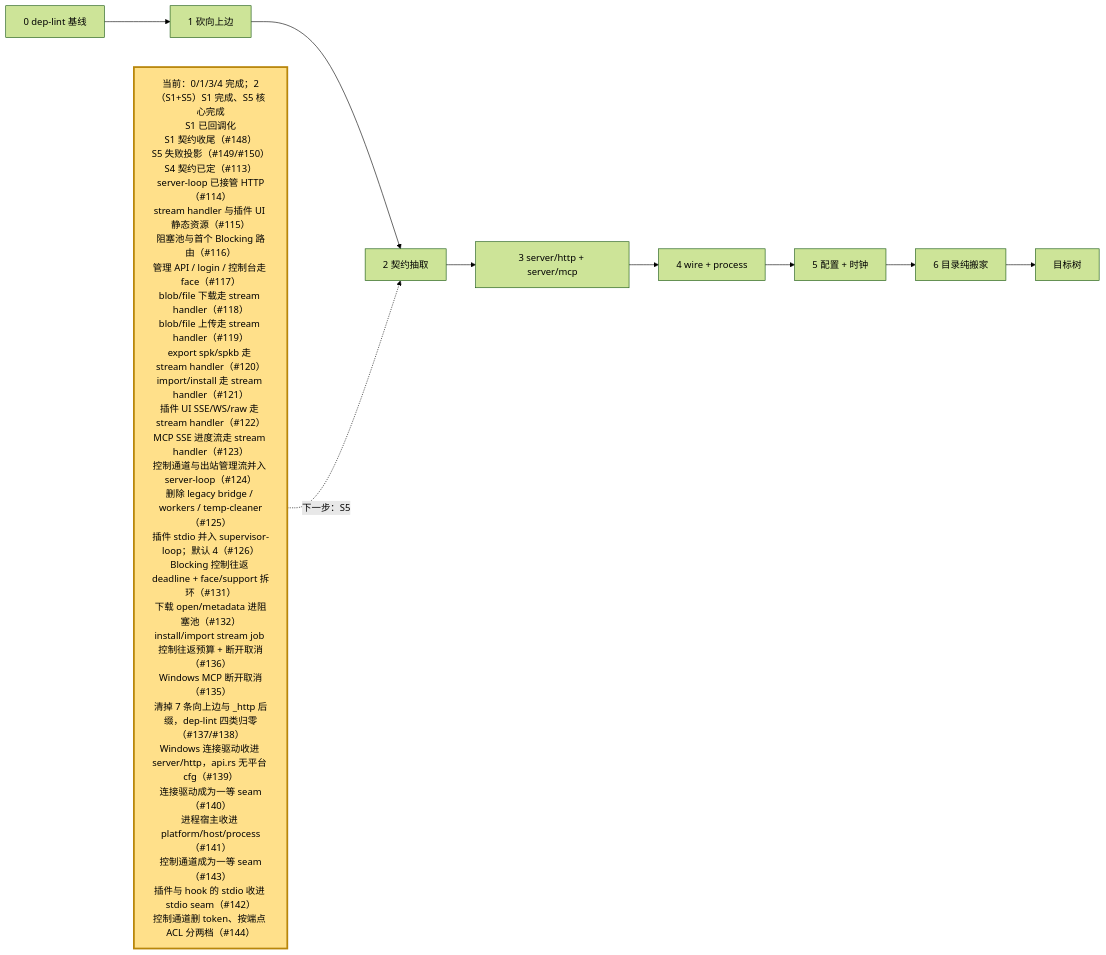
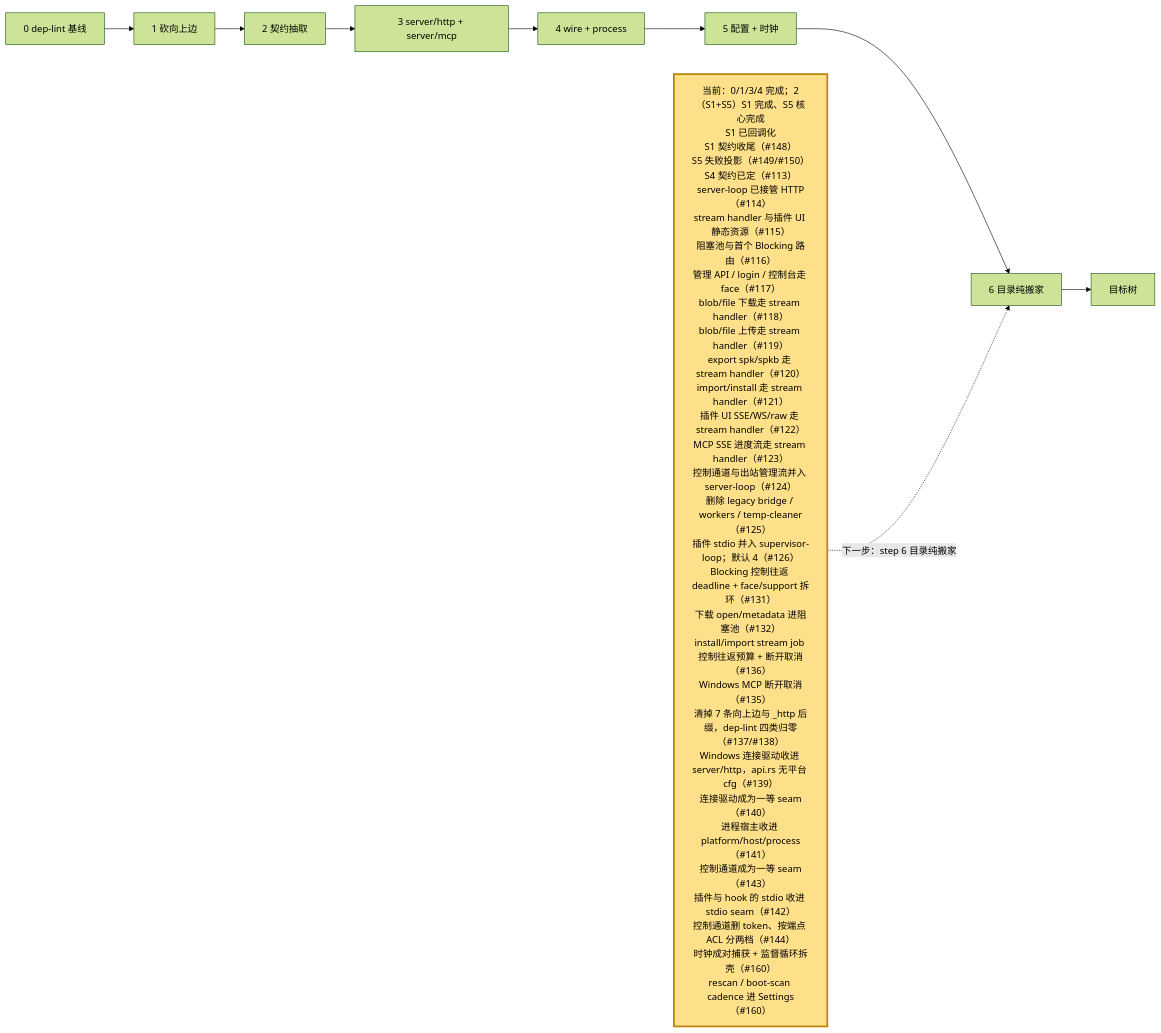
The fifth of 5 diagrams in docs/architecture.md (webxxxxx/plugin-manager), drawn with Mermaid (forest theme) before and after one commit. The commit also changed other lines of this file and 1 other file, not shown here.

````diff
--- a/docs/architecture.md
+++ b/docs/architecture.md
@@ -381,15 +381,15 @@
 ```mermaid
 flowchart LR
     S0["0 dep-lint 基线"] --> S1["1 砍向上边"]
     S1 --> S2["2 契约抽取"]
     S2 --> S3["3 server/http + server/mcp"]
     S3 --> S4["4 wire + process"]
     S4 --> S5["5 配置 + 时钟"]
     S5 --> S6["6 目录纯搬家"]
     S6 --> DONE["目标树"]
 
-    NOW["当前：0/1/3/4 完成；2（S1+S5）S1 完成、S5 核心完成<br/>S1 已回调化<br/>S1 契约收尾（#148）<br/>S5 失败投影（#149/#150）<br/>S4 契约已定（#113）<br/>server-loop 已接管 HTTP（#114）<br/>stream handler 与插件 UI 静态资源（#115）<br/>阻塞池与首个 Blocking 路由（#116）<br/>管理 API / login / 控制台走 face（#117）<br/>blob/file 下载走 stream handler（#118）<br/>blob/file 上传走 stream handler（#119）<br/>export spk/spkb 走 stream handler（#120）<br/>import/install 走 stream handler（#121）<br/>插件 UI SSE/WS/raw 走 stream handler（#122）<br/>MCP SSE 进度流走 stream handler（#123）<br/>控制通道与出站管理流并入 server-loop（#124）<br/>删除 legacy bridge / workers / temp-cleaner（#125）<br/>插件 stdio 并入 supervisor-loop；默认 4（#126）<br/>Blocking 控制往返 deadline + face/support 拆环（#131）<br/>下载 open/metadata 进阻塞池（#132）<br/>install/import stream job 控制往返预算 + 断开取消（#136）<br/>Windows MCP 断开取消（#135）<br/>清掉 7 条向上边与 _http 后缀，dep-lint 四类归零（#137/#138）<br/>Windows 连接驱动收进 server/http，api.rs 无平台 cfg（#139）<br/>连接驱动成为一等 seam（#140）<br/>进程宿主收进 platform/host/process（#141）<br/>控制通道成为一等 seam（#143）<br/>插件与 hook 的 stdio 收进 stdio seam（#142）<br/>控制通道删 token、按端点 ACL 分两档（#144）"]:::current
-    NOW -.->|下一步：S5| S2
+    NOW["当前：0/1/3/4 完成；2（S1+S5）S1 完成、S5 核心完成<br/>S1 已回调化<br/>S1 契约收尾（#148）<br/>S5 失败投影（#149/#150）<br/>S4 契约已定（#113）<br/>server-loop 已接管 HTTP（#114）<br/>stream handler 与插件 UI 静态资源（#115）<br/>阻塞池与首个 Blocking 路由（#116）<br/>管理 API / login / 控制台走 face（#117）<br/>blob/file 下载走 stream handler（#118）<br/>blob/file 上传走 stream handler（#119）<br/>export spk/spkb 走 stream handler（#120）<br/>import/install 走 stream handler（#121）<br/>插件 UI SSE/WS/raw 走 stream handler（#122）<br/>MCP SSE 进度流走 stream handler（#123）<br/>控制通道与出站管理流并入 server-loop（#124）<br/>删除 legacy bridge / workers / temp-cleaner（#125）<br/>插件 stdio 并入 supervisor-loop；默认 4（#126）<br/>Blocking 控制往返 deadline + face/support 拆环（#131）<br/>下载 open/metadata 进阻塞池（#132）<br/>install/import stream job 控制往返预算 + 断开取消（#136）<br/>Windows MCP 断开取消（#135）<br/>清掉 7 条向上边与 _http 后缀，dep-lint 四类归零（#137/#138）<br/>Windows 连接驱动收进 server/http，api.rs 无平台 cfg（#139）<br/>连接驱动成为一等 seam（#140）<br/>进程宿主收进 platform/host/process（#141）<br/>控制通道成为一等 seam（#143）<br/>插件与 hook 的 stdio 收进 stdio seam（#142）<br/>控制通道删 token、按端点 ACL 分两档（#144）<br/>时钟成对捕获 + 监督循环拆壳（#160）<br/>rescan / boot-scan cadence 进 Settings（#160）"]:::current
+    NOW -.->|下一步：step 6 目录纯搬家| S6
 
     classDef current fill:#ffe08a,stroke:#b8860b,stroke-width:3px,color:#000
 ```
````
